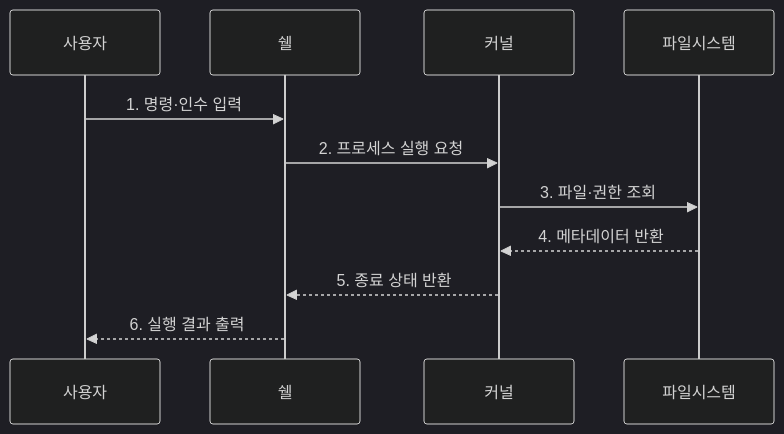
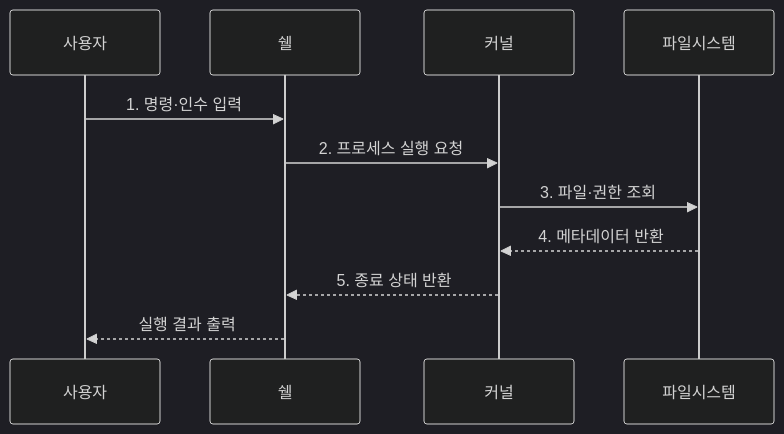
Before and after one commit to agnusdei1207/knowledge-base: the second of 2 diagrams in src/content/docs/notes/03-software/023_unix_kernel_shell.md, drawn with Mermaid (dark theme). The commit also changed other lines of this file and 238 other files, not shown here.

````diff
--- a/src/content/docs/notes/03-software/023_unix_kernel_shell.md
+++ b/src/content/docs/notes/03-software/023_unix_kernel_shell.md
@@ -88,13 +90,13 @@
 ```mermaid
 sequenceDiagram
     participant U as 사용자
     participant S as 쉘
     participant K as 커널
     participant F as 파일시스템
     U->>S: 1. 명령·인수 입력
     S->>K: 2. 프로세스 실행 요청
     K->>F: 3. 파일·권한 조회
     F-->>K: 4. 메타데이터 반환
     K-->>S: 5. 종료 상태 반환
-    S-->>U: 6. 실행 결과 출력
+    S-->>U: 실행 결과 출력
 ```
````
